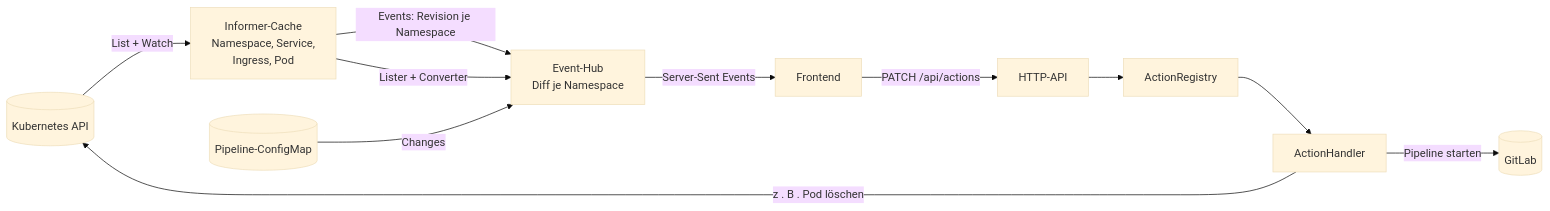
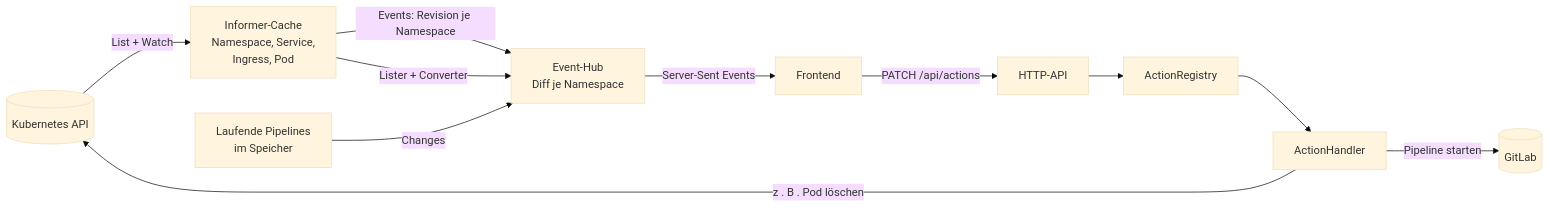
The diagram in README.md (VinceBecks/dashboard), drawn with Mermaid (base theme) before and after one commit. The commit also changed other lines of this file and 14 other files, not shown here.

````diff
--- a/README.md
+++ b/README.md
@@ -109,11 +109,11 @@
 ```mermaid
 flowchart LR
     K8s[(Kubernetes API)] -- List + Watch --> Inf[Informer-Cache<br/>Namespace, Service,<br/>Ingress, Pod]
     Inf -- Events: Revision je Namespace --> Hub[Event-Hub<br/>Diff je Namespace]
     Inf -- Lister + Converter --> Hub
-    Pip[(Pipeline-ConfigMap)] -- Changes --> Hub
+    Pip[Laufende Pipelines<br/>im Speicher] -- Changes --> Hub
     Hub -- Server-Sent Events --> FE[Frontend]
     FE -- PATCH /api/actions --> API[HTTP-API]
     API --> Reg[ActionRegistry] --> H[ActionHandler] -- z . B . Pod löschen --> K8s
     H -- Pipeline starten --> GitLab[(GitLab)]
 ```
````
